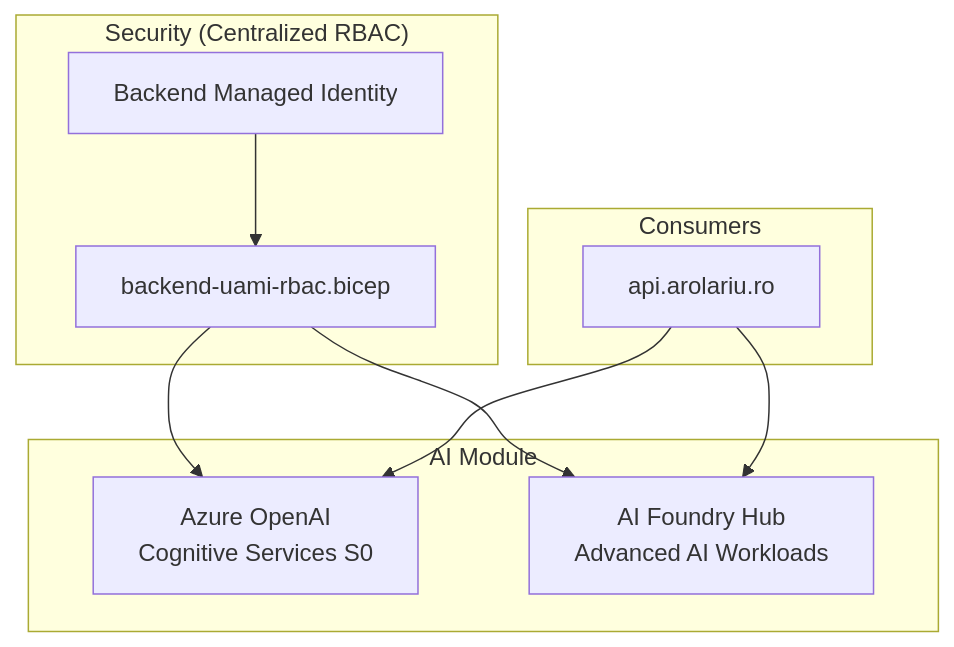
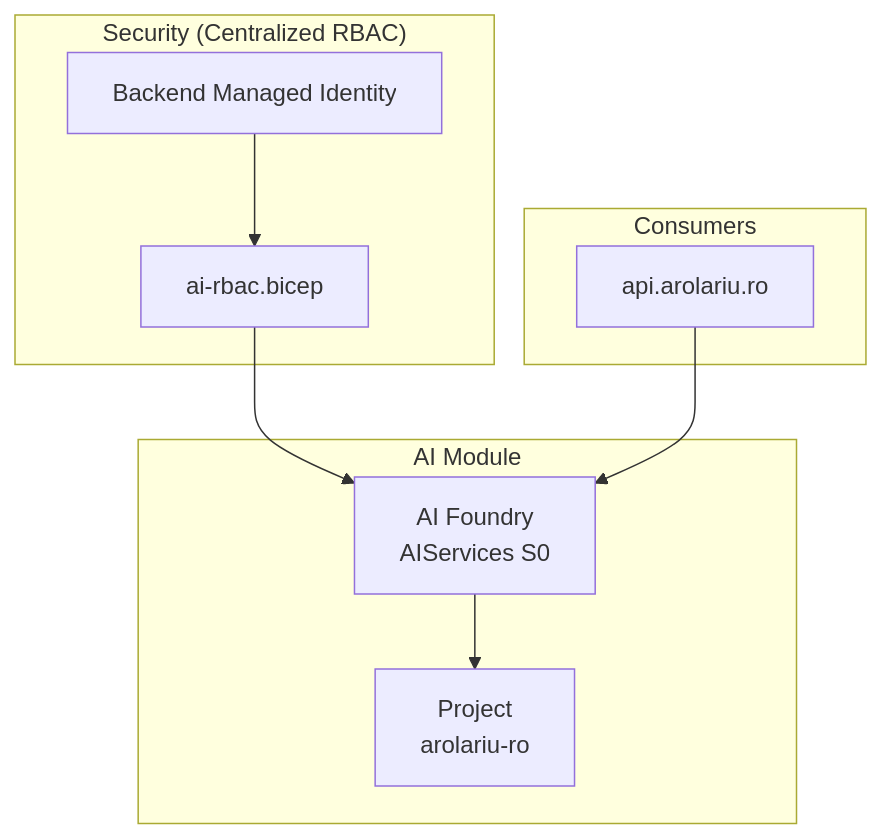
One commit to arolariu/arolariu.ro changed the diagram in infra/Azure/Bicep/ai/README.md. Above: the diagram before and after it, drawn with Mermaid. The commit also changed other lines of this file and 3 other files, not shown here.

````diff
--- a/infra/Azure/Bicep/ai/README.md
+++ b/infra/Azure/Bicep/ai/README.md
@@ -21,22 +21,21 @@
 ```mermaid
 graph TB
     subgraph "AI Module"
-        OPENAI[Azure OpenAI<br/>Cognitive Services S0]
-        FOUNDRY[AI Foundry Hub<br/>Advanced AI Workloads]
+        FOUNDRY[AI Foundry<br/>AIServices S0]
+        PROJECT[Project<br/>arolariu-ro]
+        FOUNDRY --> PROJECT
     end
 
     subgraph "Security (Centralized RBAC)"
-        RBAC[backend-uami-rbac.bicep]
+        RBAC[ai-rbac.bicep]
         BE_ID[Backend Managed Identity]
     end
 
     subgraph "Consumers"
         API[api.arolariu.ro]
     end
 
-    RBAC --> OPENAI
     RBAC --> FOUNDRY
     BE_ID --> RBAC
-    API --> OPENAI
     API --> FOUNDRY
 ```
````
